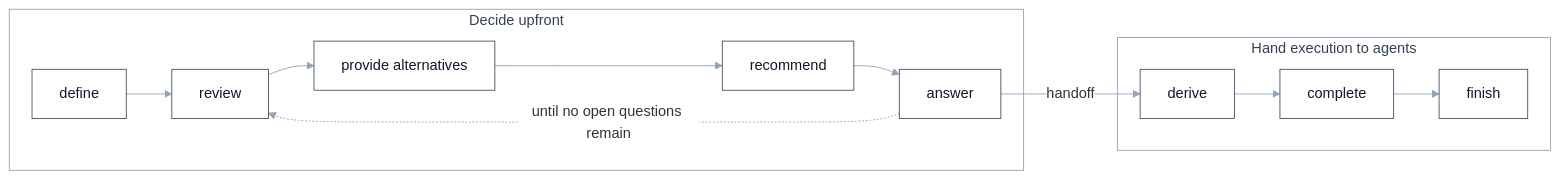
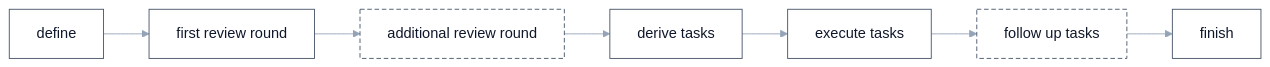
Before and after one commit to uHappyLogic/gurita: the diagram in README.md, drawn with Mermaid. The commit also changed 1 other file, not shown here.

````diff
--- a/README.md
+++ b/README.md
@@ -35,26 +35,18 @@
 ```mermaid
-%%{init: {'theme':'base','themeVariables':{'fontFamily':'ui-sans-serif, system-ui','lineColor':'#94a3b8','primaryBorderColor':'#475569','edgeLabelBackground':'#ffffff'},'flowchart':{'wrappingWidth':9999,'curve':'basis'}}}%%
+%%{init: {'theme':'base','themeVariables':{'fontFamily':'ui-sans-serif, system-ui','lineColor':'#94a3b8','primaryBorderColor':'#475569'},'flowchart':{'wrappingWidth':9999,'curve':'basis'}}}%%
 flowchart LR
-    subgraph upfront["Decide upfront"]
-        define["define"]
-        review["review"]
-        alternatives["provide alternatives"]
-        recommend["recommend"]
-        answer["answer"]
-    end
-    subgraph agents["Hand execution to agents"]
-        derive["derive"]
-        complete["complete"]
-        finish["finish"]
-    end
+    define["define"]
+    firstReview["first review round"]
+    additionalReview["additional review round"]
+    derive["derive tasks"]
+    execute["execute tasks"]
+    followUp["follow up tasks"]
+    finish["finish"]
 
-    define --> review --> alternatives --> recommend --> answer
-    answer -.->|until no open questions remain| review
-    answer -->|handoff| derive
-    derive --> complete --> finish
+    define --> firstReview --> additionalReview --> derive --> execute --> followUp --> finish
 
     classDef step fill:#ffffff,stroke:#475569,color:#0f172a;
-    class define,review,alternatives,recommend,answer,derive,complete,finish step;
-    style upfront fill:#ffffff,stroke:#94a3b8,color:#334155;
-    style agents fill:#ffffff,stroke:#94a3b8,color:#334155;
+    classDef optional fill:#ffffff,stroke:#475569,color:#0f172a,stroke-dasharray:5 3;
+    class define,firstReview,derive,execute,finish step;
+    class additionalReview,followUp optional;
 ```
````
